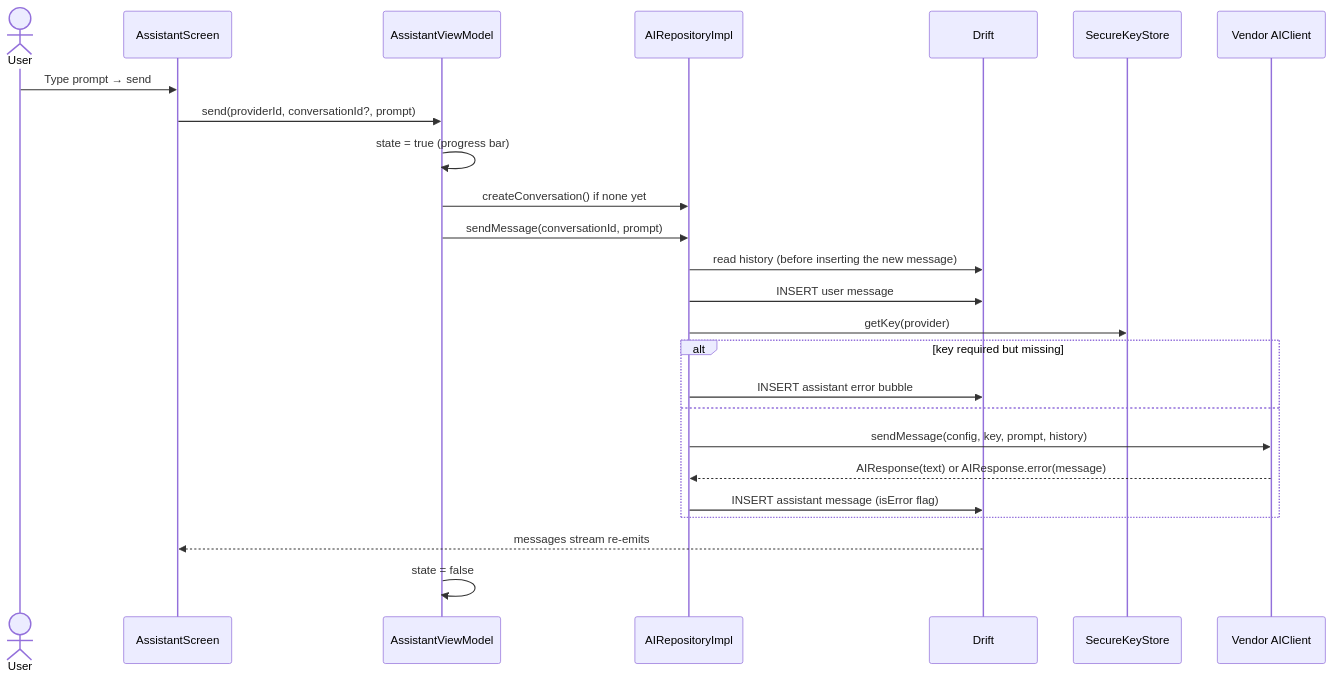
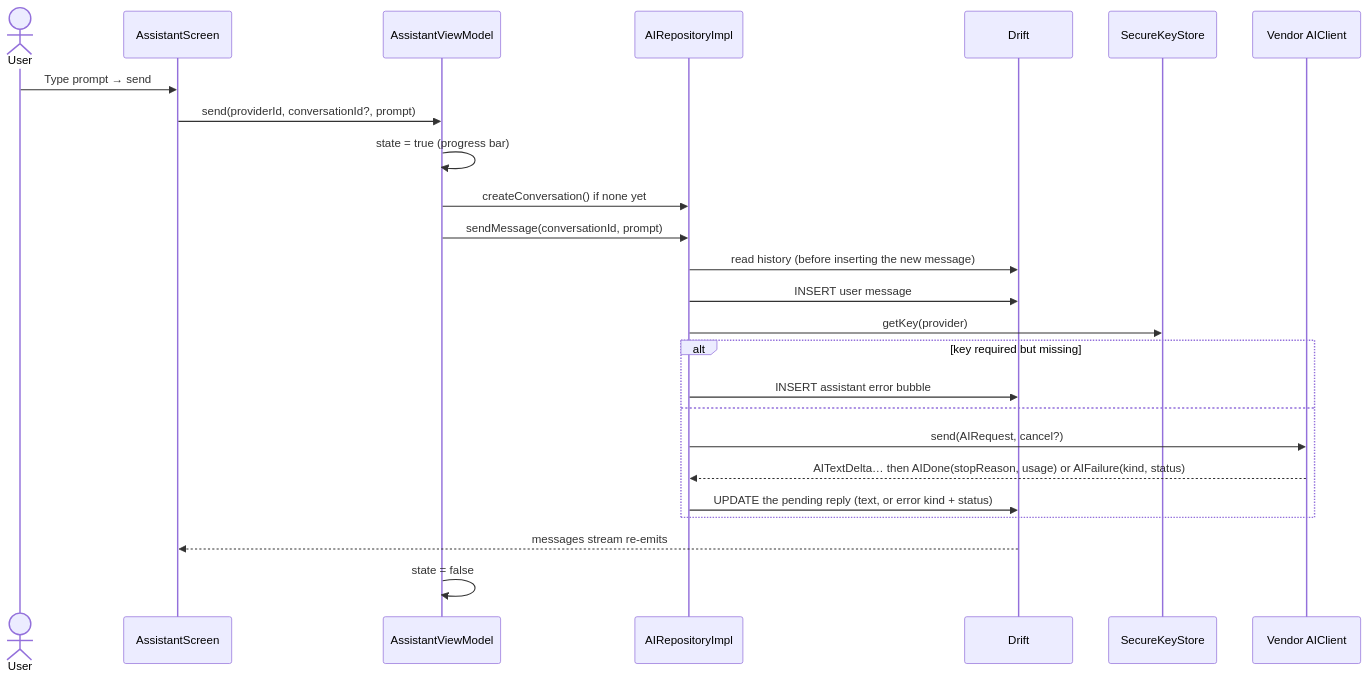
The seventh of 12 diagrams in PROJECT_OVERVIEW.md (DevBehindYou/FLOWLINE), drawn with Mermaid before and after one commit. The commit also changed other lines of this file and 35 other files, not shown here.

First line of the commit message:
feat(ai): AIClient v2 — event stream, typed failures, cancellation, model lists (Phase 4.1, schema v7)

````diff
--- a/PROJECT_OVERVIEW.md
+++ b/PROJECT_OVERVIEW.md
@@ -419,28 +419,28 @@
 ```mermaid
 sequenceDiagram
     actor U as User
     participant A as AssistantScreen
     participant VM as AssistantViewModel
     participant R as AIRepositoryImpl
     participant DB as Drift
     participant K as SecureKeyStore
     participant C as Vendor AIClient
 
     U->>A: Type prompt → send
     A->>VM: send(providerId, conversationId?, prompt)
     VM->>VM: state = true (progress bar)
     VM->>R: createConversation() if none yet
     VM->>R: sendMessage(conversationId, prompt)
     R->>DB: read history (before inserting the new message)
     R->>DB: INSERT user message
     R->>K: getKey(provider)
     alt key required but missing
         R->>DB: INSERT assistant error bubble
     else
-        R->>C: sendMessage(config, key, prompt, history)
-        C-->>R: AIResponse(text) or AIResponse.error(message)
-        R->>DB: INSERT assistant message (isError flag)
+        R->>C: send(AIRequest, cancel?)
+        C-->>R: AITextDelta… then AIDone(stopReason, usage) or AIFailure(kind, status)
+        R->>DB: UPDATE the pending reply (text, or error kind + status)
     end
     DB-->>A: messages stream re-emits
     VM->>VM: state = false
 ```
````
